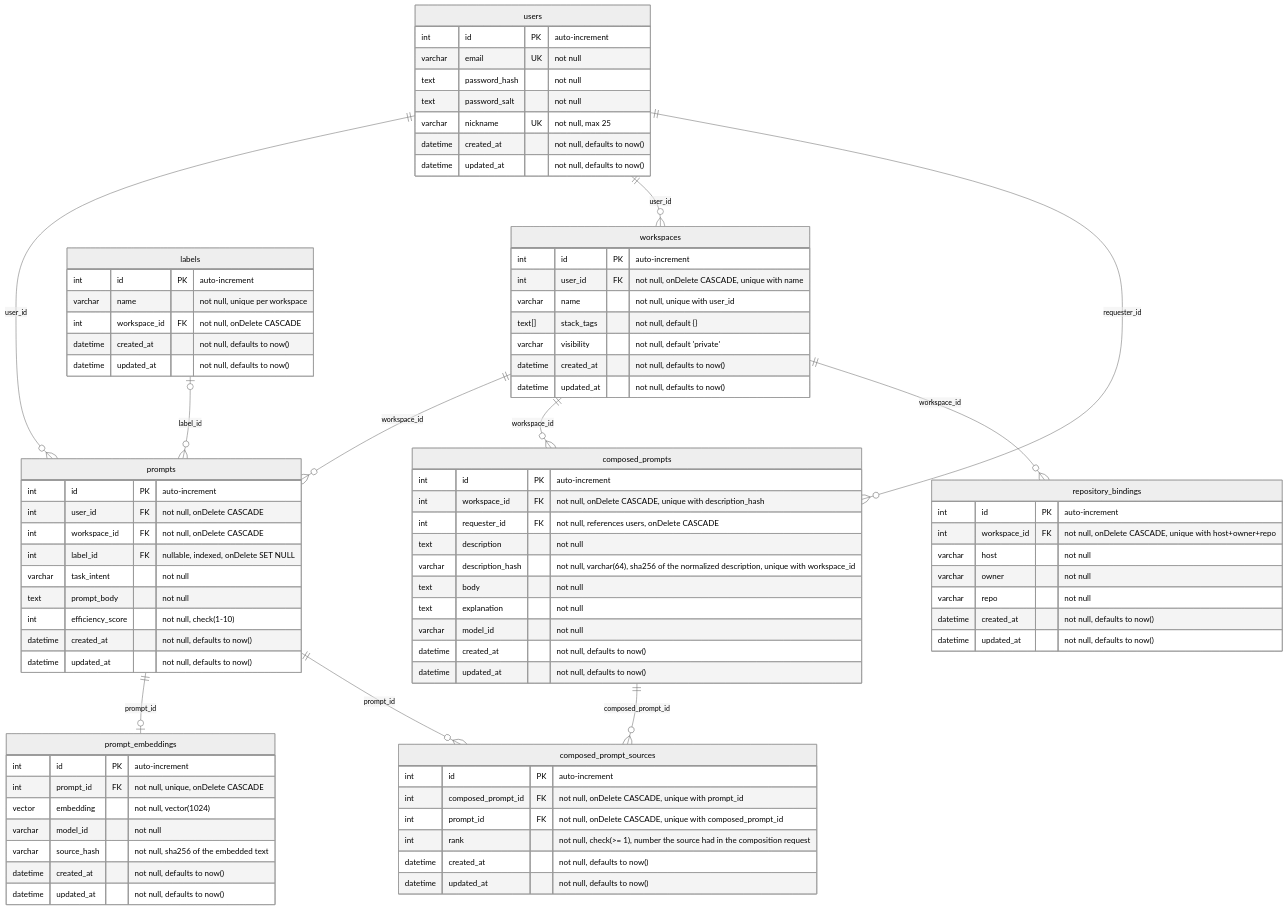
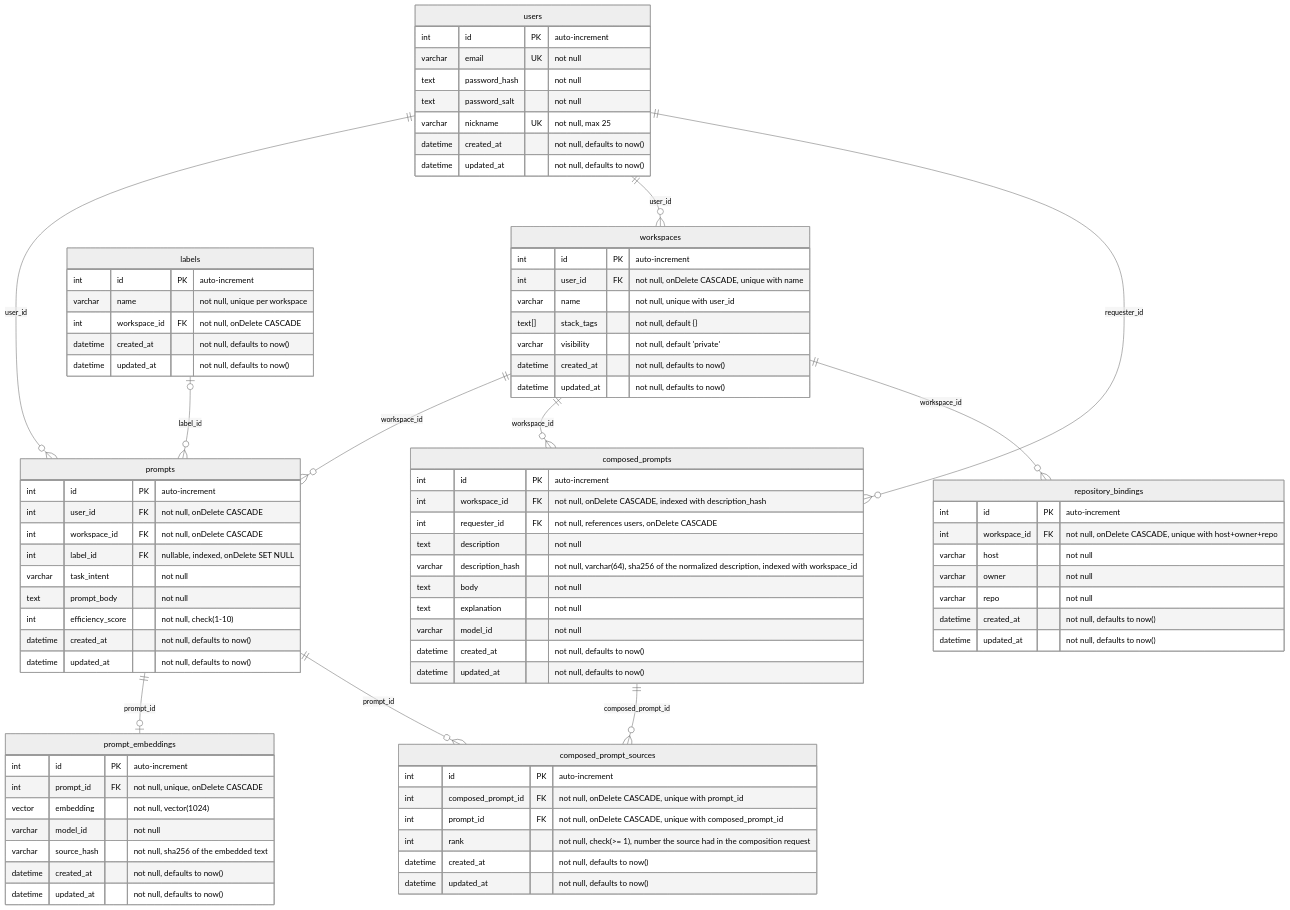
Before and after one commit to BinaryStudioAcademy/bsa-2026-promtomat: the diagram in readme.md, drawn with Mermaid (neutral theme).

Commit message:
docs: update composed_prompts schema after the unique drop pm-247

```diff
--- a/readme.md
+++ b/readme.md
@@ -104,10 +104,10 @@
 
     composed_prompts {
         int id PK "auto-increment"
-        int workspace_id FK "not null, onDelete CASCADE, unique with description_hash"
+        int workspace_id FK "not null, onDelete CASCADE, indexed with description_hash"
         int requester_id FK "not null, references users, onDelete CASCADE"
         text description "not null"
-        varchar description_hash "not null, varchar(64), sha256 of the normalized description, unique with workspace_id"
+        varchar description_hash "not null, varchar(64), sha256 of the normalized description, indexed with workspace_id"
         text body "not null"
         text explanation "not null"
         varchar model_id "not null"
```
